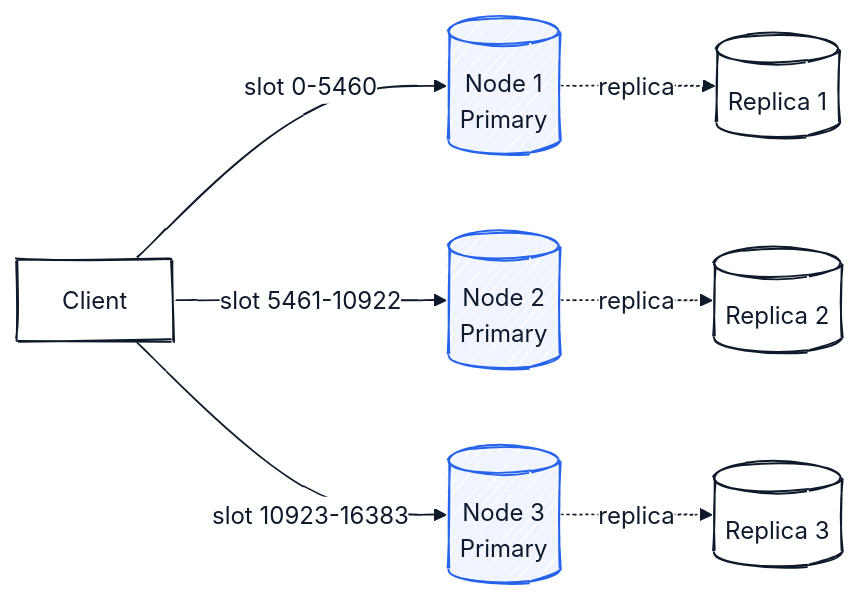
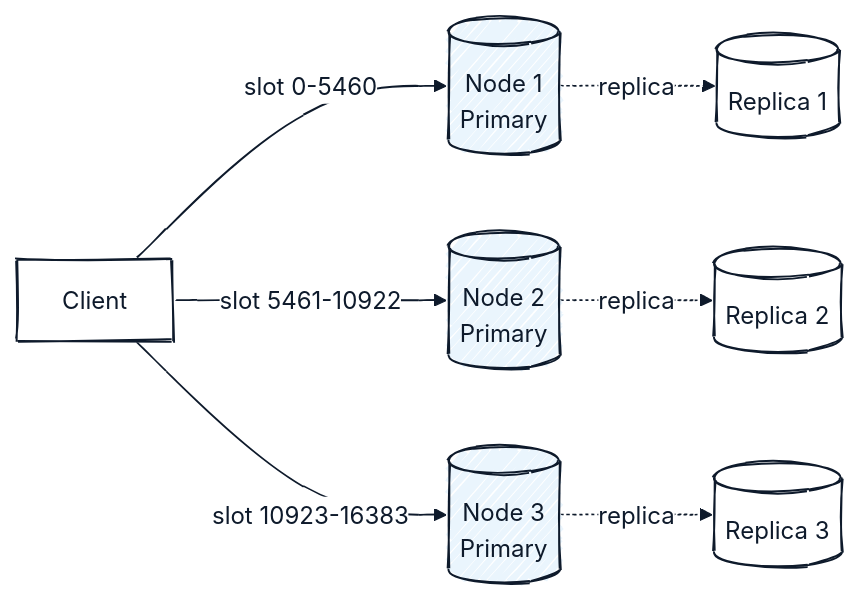
One commit to cartmancodes/InterviewVault changed the sixth of 13 diagrams in LLD/CoreConcepts/Redis.md. Above: the diagram before and after it, drawn with Mermaid. The commit also changed other lines of this file and 7 other files, not shown here.

````diff
--- a/LLD/CoreConcepts/Redis.md
+++ b/LLD/CoreConcepts/Redis.md
@@ -322,29 +322,29 @@
 ```mermaid
 ---
 config:
   look: handDrawn
   handDrawnSeed: 7
   theme: base
   themeVariables:
     primaryColor: "#FFFFFF"
     primaryBorderColor: "#0E1A2B"
     primaryTextColor: "#0E1A2B"
     lineColor: "#0E1A2B"
     clusterBkg: "#FFFFFF"
     clusterBorder: "#6B7C96"
     edgeLabelBackground: "#FFFFFF"
 ---
 graph LR
     C[Client]
     C -->|slot 0-5460| N1[(Node 1<br/>Primary)]
     C -->|slot 5461-10922| N2[(Node 2<br/>Primary)]
     C -->|slot 10923-16383| N3[(Node 3<br/>Primary)]
 
     N1 -.replica.-> R1[(Replica 1)]
     N2 -.replica.-> R2[(Replica 2)]
     N3 -.replica.-> R3[(Replica 3)]
 
-    style N1 fill:#F0F4FF,stroke:#2563EB
-    style N2 fill:#F0F4FF,stroke:#2563EB
-    style N3 fill:#F0F4FF,stroke:#2563EB
+    style N1 fill:#EAF5FD,stroke:#0E1A2B
+    style N2 fill:#EAF5FD,stroke:#0E1A2B
+    style N3 fill:#EAF5FD,stroke:#0E1A2B
 ```
````
